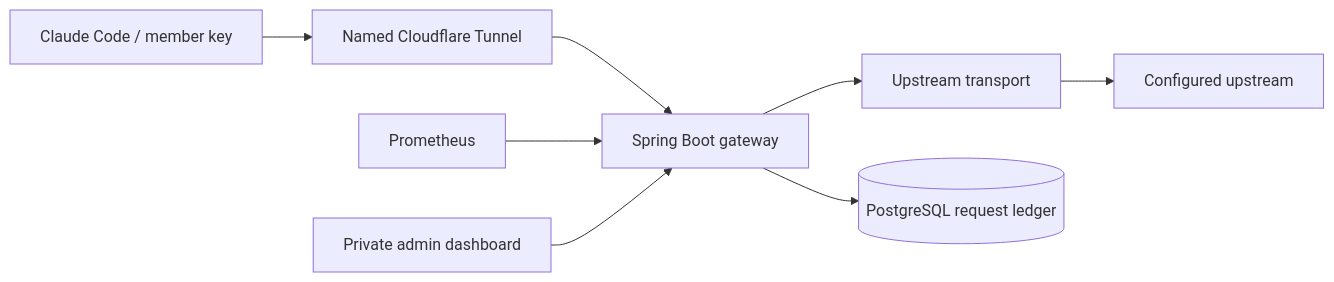
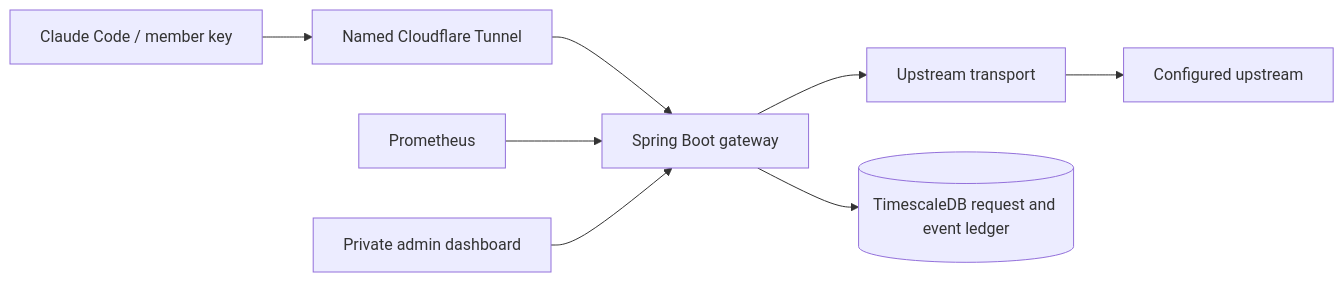
Before and after one commit to vimalkryadav/subscription-meter: the diagram in README.md, drawn with Mermaid. The commit also changed other lines of this file and 24 other files, not shown here.

Commit message:
Capture detailed request and response audit trails in TimescaleDB

````diff
--- a/README.md
+++ b/README.md
@@ -9,10 +9,10 @@
 ```mermaid
 flowchart LR
     C[Claude Code / member key] --> T[Named Cloudflare Tunnel]
     T --> G[Spring Boot gateway]
     G --> U[Upstream transport]
     U --> A[Configured upstream]
-    G --> D[(PostgreSQL request ledger)]
+    G --> D[(TimescaleDB request and event ledger)]
     P[Prometheus] --> G
     B[Private admin dashboard] --> G
 ```
````
